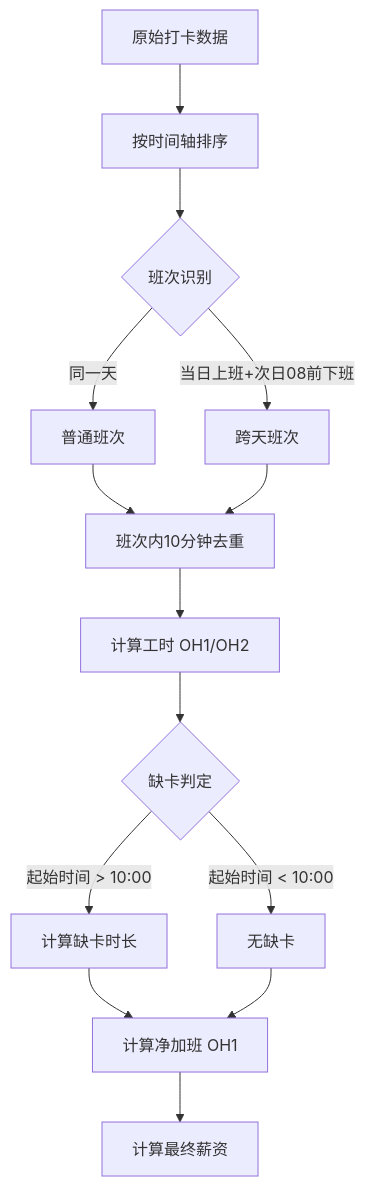
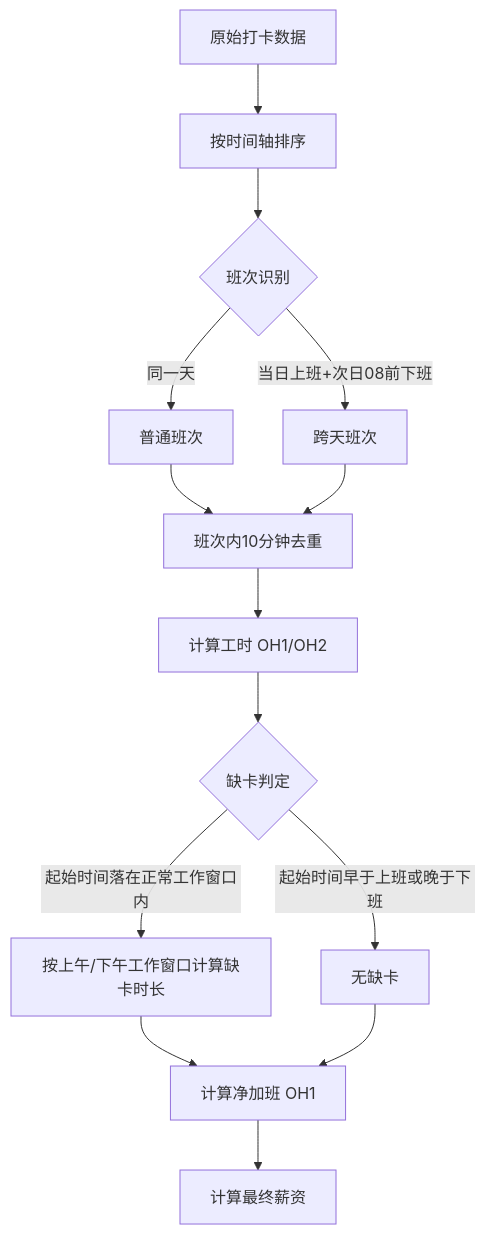
Before and after one commit to ivestszheng/dingtalk-hours-analyzer: the diagram in 考勤与薪资计算需求规格说明书.md, drawn with Mermaid. The commit also changed other lines of this file and 8 other files, not shown here.

````diff
--- a/考勤与薪资计算需求规格说明书.md
+++ b/考勤与薪资计算需求规格说明书.md
@@ -100,21 +154,21 @@
 ```mermaid
 graph TD
     A[原始打卡数据] --> B[按时间轴排序];
     B --> C{班次识别};
     C -->|同一天 | D[普通班次];
     C -->|当日上班+次日08前下班 | E[跨天班次];
     
     D --> F[班次内10分钟去重];
     E --> F;
     
     F --> G[计算工时 OH1/OH2];
     
     G --> H{缺卡判定};
-    H -->|起始时间 > 10:00 | I[计算缺卡时长];
-    H -->|起始时间 < 10:00 | J[无缺卡];
+    H -->|起始时间落在正常工作窗口内 | I[按上午/下午工作窗口计算缺卡时长];
+    H -->|起始时间早于上班或晚于下班 | J[无缺卡];
     
     I --> K[计算净加班 OH1];
     J --> K;
     
     K --> L[计算最终薪资];
 ```
````
